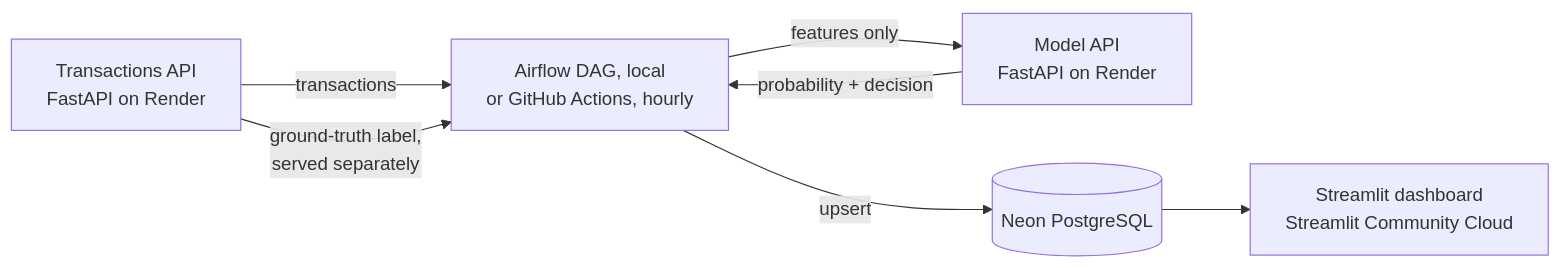
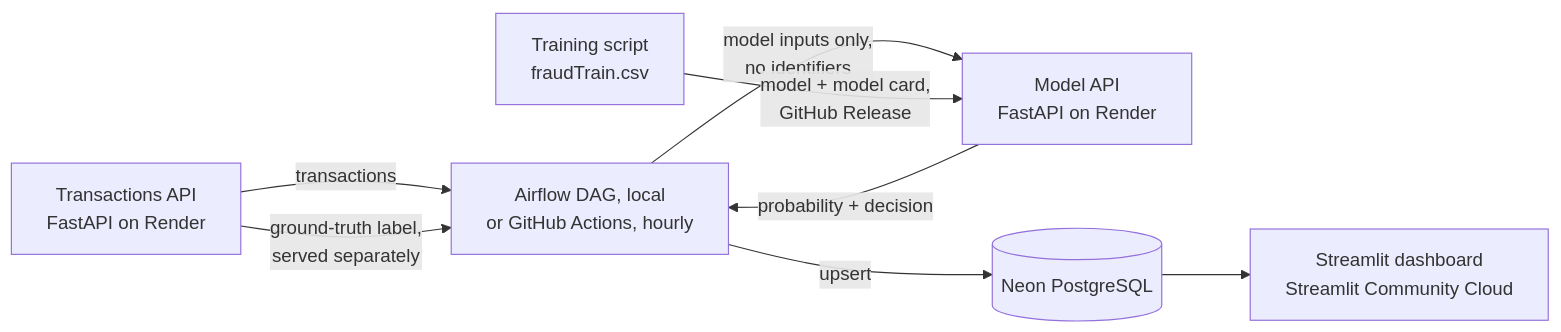
The diagram in README.md (cnoret/real-time-fraud-detection), drawn with Mermaid before and after one commit. The commit also changed other lines of this file and 1 other file, not shown here.

First line of the commit message:
Refresh the README for model v2 and translate the transactions API README

````diff
--- a/README.md
+++ b/README.md
@@ -53,9 +54,10 @@
 ```mermaid
 flowchart LR
     A[Transactions API<br/>FastAPI on Render] -->|transactions| B[Airflow DAG, local<br/>or GitHub Actions, hourly]
     A -->|ground-truth label,<br/>served separately| B
-    B -->|features only| C[Model API<br/>FastAPI on Render]
+    B -->|model inputs only,<br/>no identifiers| C[Model API<br/>FastAPI on Render]
     C -->|probability + decision| B
+    T[Training script<br/>fraudTrain.csv] -->|model + model card,<br/>GitHub Release| C
     B -->|upsert| D[(Neon PostgreSQL)]
     D --> E[Streamlit dashboard<br/>Streamlit Community Cloud]
 ```
````
